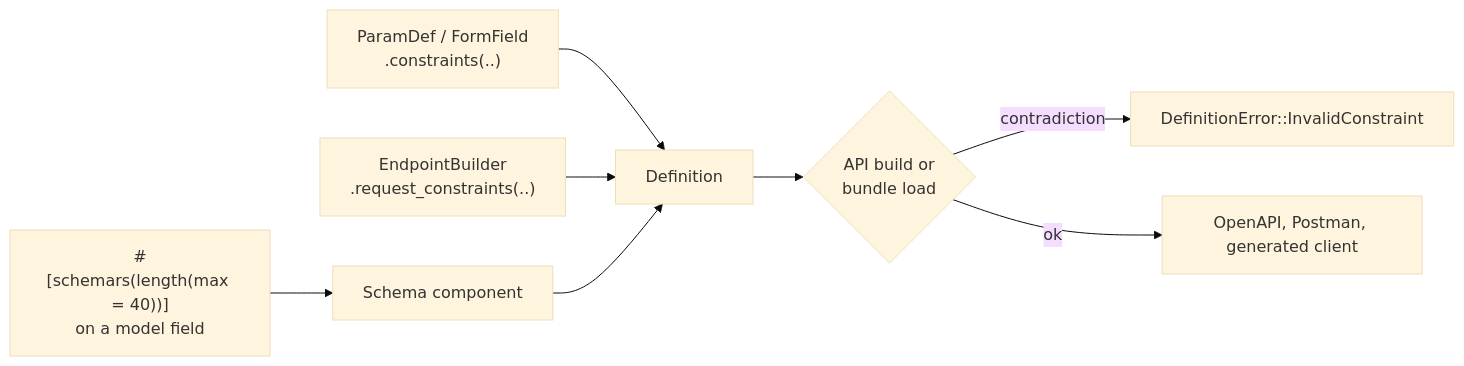
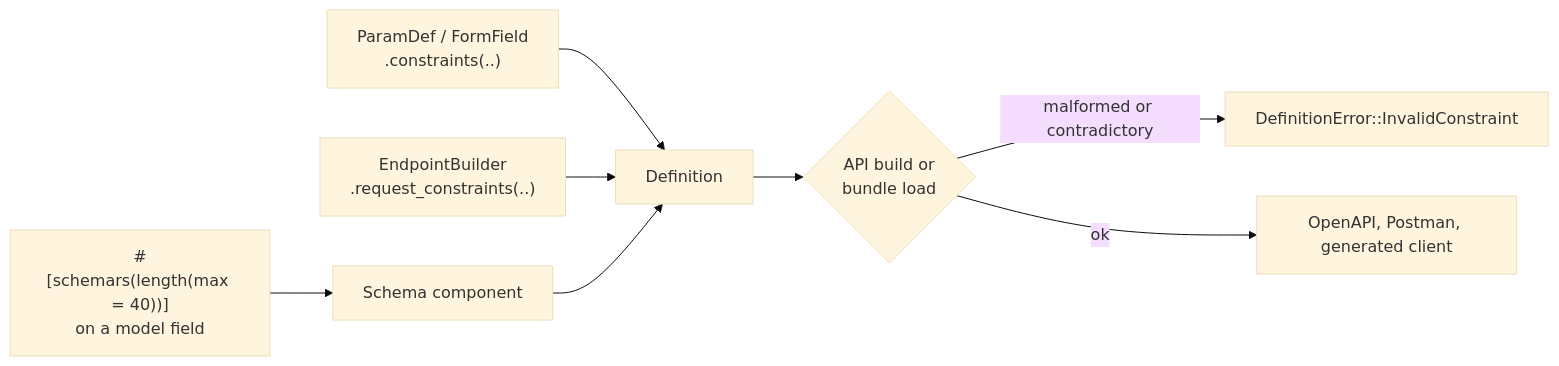
The diagram in schematic/docs/value-constraints.md (yankeeinlondon/rusty-biscuit), drawn with Mermaid (base theme) before and after one commit. The commit also changed other lines of this file and 51 other files, not shown here.

First line of the commit message:
fix(schematic): close constraint validation and rebuild gaps

````diff
--- a/schematic/docs/value-constraints.md
+++ b/schematic/docs/value-constraints.md
@@ -44,9 +44,9 @@
 ```mermaid
 flowchart LR
     P["ParamDef / FormField<br/>.constraints(..)"] --> D[Definition]
     B["EndpointBuilder<br/>.request_constraints(..)"] --> D
     M["#[schemars(length(max = 40))]<br/>on a model field"] --> C[Schema component] --> D
     D --> V{API build or<br/>bundle load}
-    V -- contradiction --> E["DefinitionError::InvalidConstraint"]
+    V -- malformed or contradictory --> E["DefinitionError::InvalidConstraint"]
     V -- ok --> O[OpenAPI, Postman, generated client]
 ```
````
